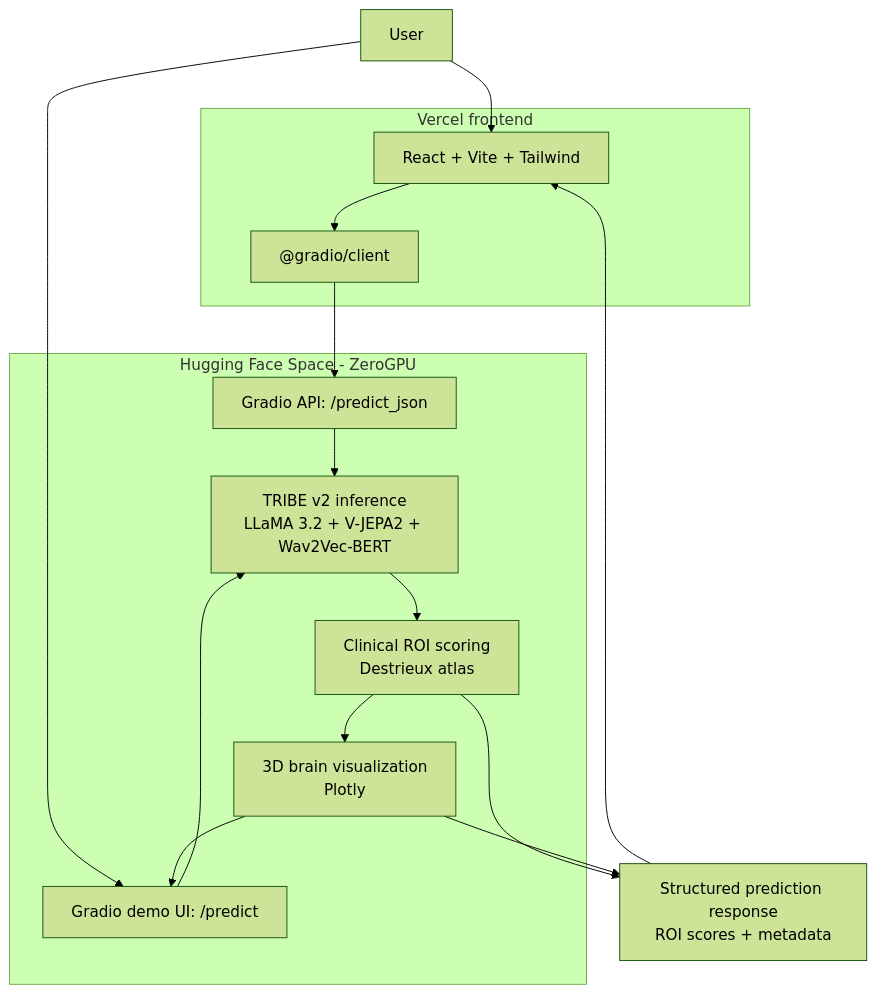
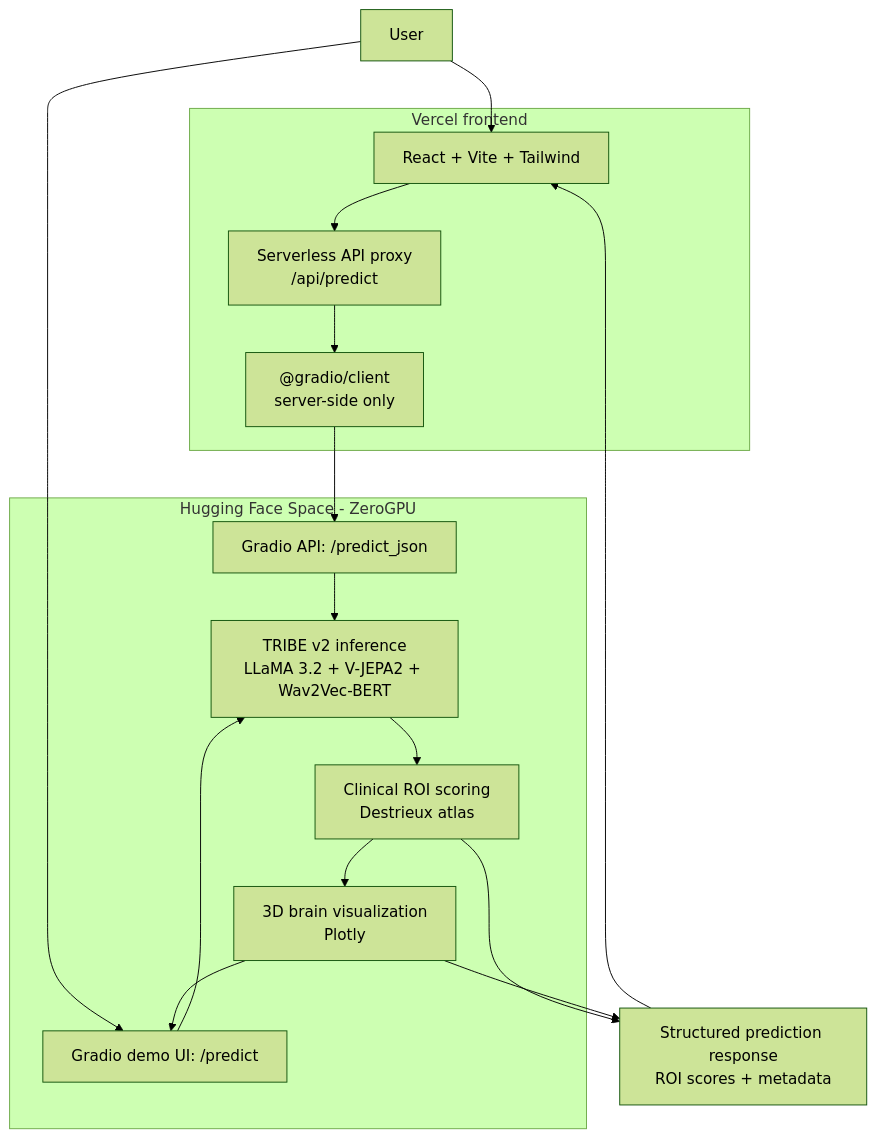
Before and after one commit to rohany395/neuro-cue: the diagram in README.md, drawn with Mermaid (forest theme). The commit also changed other lines of this file and 5 other files, not shown here.

Commit message:
Add server-side Hugging Face prediction proxy

````diff
--- a/README.md
+++ b/README.md
@@ -40,30 +40,32 @@
 ```mermaid
 flowchart TD
   User["User"]
 
   subgraph Vercel["Vercel frontend"]
     React["React + Vite + Tailwind"]
-    Client["@gradio/client"]
-    React --> Client
+    Proxy["Serverless API proxy<br/>/api/predict"]
+    Client["@gradio/client<br/>server-side only"]
+    React --> Proxy
+    Proxy --> Client
   end
 
   subgraph Space["Hugging Face Space - ZeroGPU"]
     API["Gradio API: /predict_json"]
     Gradio["Gradio demo UI: /predict"]
     Inference["TRIBE v2 inference<br/>LLaMA 3.2 + V-JEPA2 + Wav2Vec-BERT"]
     ROI["Clinical ROI scoring<br/>Destrieux atlas"]
     Brain["3D brain visualization<br/>Plotly"]
   end
 
   User --> React
   User --> Gradio
   Client --> API
   API --> Inference
   Gradio --> Inference
   Inference --> ROI
   ROI --> Response["Structured prediction response<br/>ROI scores + metadata"]
   ROI --> Brain
   Brain --> Response
   Response --> React
   Brain --> Gradio
 ```
````
